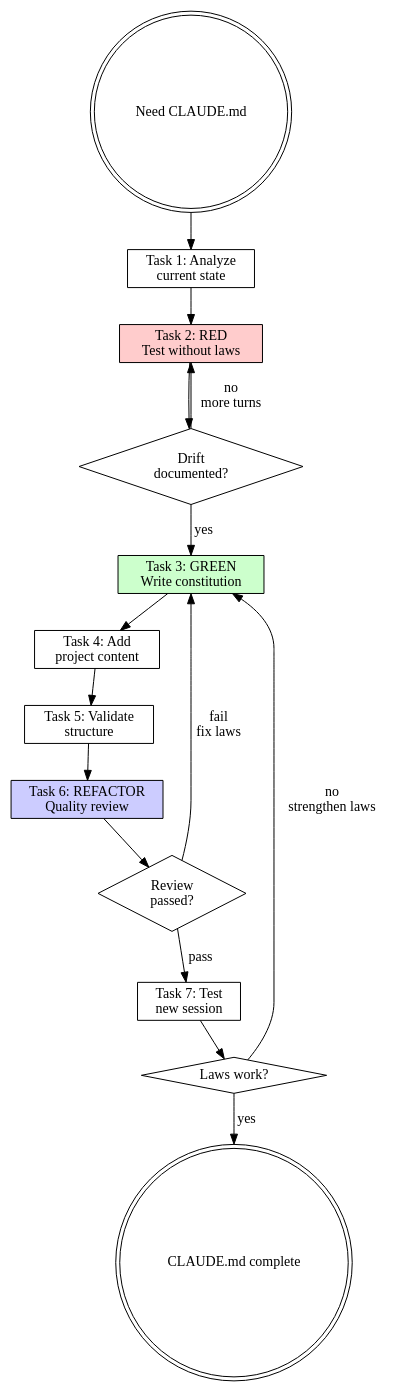
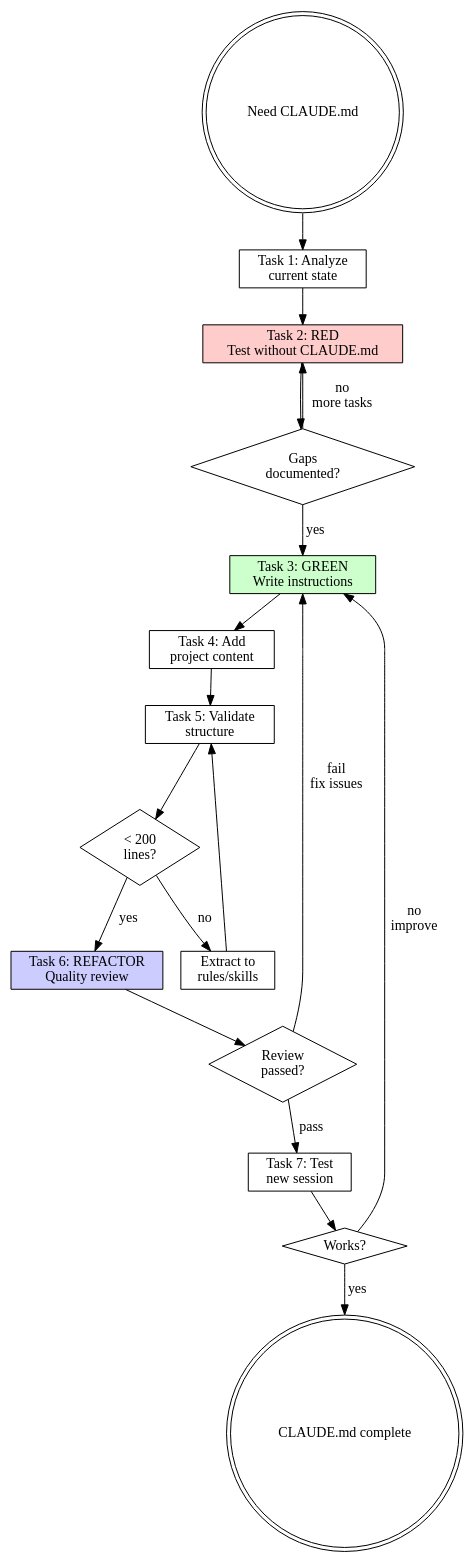
One commit to wayne930242/Reflexive-Claude-Code changed the diagram in plugins/rcc/skills/writing-claude-md/SKILL.md. Above: the diagram before and after it, drawn with Graphviz. The commit also changed other lines of this file and 9 other files, not shown here.

First line of the commit message:
refactor: remove <law> block pattern, align all skills with official Claude Code best practices

````diff
--- a/plugins/rcc/skills/writing-claude-md/SKILL.md
+++ b/plugins/rcc/skills/writing-claude-md/SKILL.md
@@ -273,33 +279,38 @@
 ```dot
 digraph claudemd_creation {
     rankdir=TB;
 
     start [label="Need CLAUDE.md", shape=doublecircle];
     analyze [label="Task 1: Analyze\ncurrent state", shape=box];
-    baseline [label="Task 2: RED\nTest without laws", shape=box, style=filled, fillcolor="#ffcccc"];
-    verify_red [label="Drift\ndocumented?", shape=diamond];
-    write [label="Task 3: GREEN\nWrite constitution", shape=box, style=filled, fillcolor="#ccffcc"];
+    baseline [label="Task 2: RED\nTest without CLAUDE.md", shape=box, style=filled, fillcolor="#ffcccc"];
+    verify_red [label="Gaps\ndocumented?", shape=diamond];
+    write [label="Task 3: GREEN\nWrite instructions", shape=box, style=filled, fillcolor="#ccffcc"];
     content [label="Task 4: Add\nproject content", shape=box];
     validate [label="Task 5: Validate\nstructure", shape=box];
+    too_long [label="< 200\nlines?", shape=diamond];
+    extract [label="Extract to\nrules/skills", shape=box];
     review [label="Task 6: REFACTOR\nQuality review", shape=box, style=filled, fillcolor="#ccccff"];
     review_pass [label="Review\npassed?", shape=diamond];
     test [label="Task 7: Test\nnew session", shape=box];
-    test_pass [label="Laws work?", shape=diamond];
+    test_pass [label="Works?", shape=diamond];
     done [label="CLAUDE.md complete", shape=doublecircle];
 
     start -> analyze;
     analyze -> baseline;
     baseline -> verify_red;
     verify_red -> write [label="yes"];
-    verify_red -> baseline [label="no\nmore turns"];
+    verify_red -> baseline [label="no\nmore tasks"];
     write -> content;
     content -> validate;
-    validate -> review;
+    validate -> too_long;
+    too_long -> review [label="yes"];
+    too_long -> extract [label="no"];
+    extract -> validate;
     review -> review_pass;
     review_pass -> test [label="pass"];
-    review_pass -> write [label="fail\nfix laws"];
+    review_pass -> write [label="fail\nfix issues"];
     test -> test_pass;
     test_pass -> done [label="yes"];
-    test_pass -> write [label="no\nstrengthen laws"];
+    test_pass -> write [label="no\nimprove"];
 }
 ```
````
